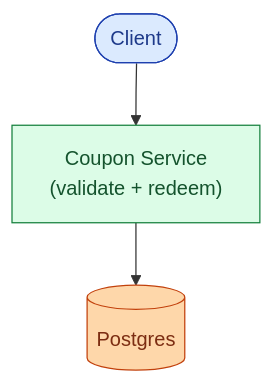
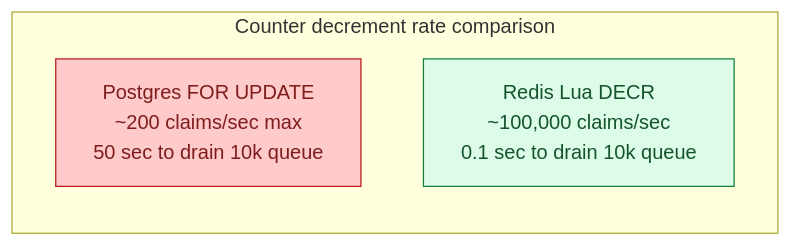
One commit to shiningflash/shiningflash.github.io changed the fifth of 15 diagrams in _practice/system-design/014-coupon-redemption.md. Above: the diagram before and after it, drawn with Mermaid. The commit also changed other lines of this file and 18 other files, not shown here.

````diff
--- a/_practice/system-design/014-coupon-redemption.md
+++ b/_practice/system-design/014-coupon-redemption.md
@@ -253,9 +192,10 @@
 ```mermaid
-flowchart TB
-    C([Client]):::user --> S["Coupon Service<br/>(validate + redeem)"]:::app
-    S --> DB[("Postgres")]:::db
+flowchart LR
+    subgraph Rates["Counter decrement rate comparison"]
+        PG["Postgres FOR UPDATE<br/>~200 claims/sec max<br/>50 sec to drain 10k queue"]:::bad
+        RD["Redis Lua DECR<br/>~100,000 claims/sec<br/>0.1 sec to drain 10k queue"]:::ok
+    end
 
-    classDef user  fill:#dbeafe,stroke:#1e40af,color:#1e3a8a
-    classDef app   fill:#dcfce7,stroke:#15803d,color:#14532d
-    classDef db    fill:#fed7aa,stroke:#c2410c,color:#7c2d12
+    classDef ok  fill:#dcfce7,stroke:#15803d,color:#14532d
+    classDef bad fill:#fecaca,stroke:#b91c1c,color:#7f1d1d
 ```
````
